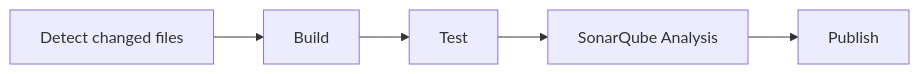
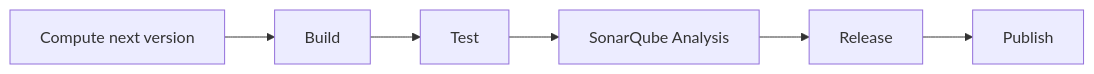
Before and after one commit to rmrighes-sonar/sonarqube-prometheus-exporter: the diagram in README.md, drawn with Mermaid. The commit also changed other lines of this file and 9 other files, not shown here.

````diff
--- a/README.md
+++ b/README.md
@@ -71,4 +71,4 @@
 ```mermaid
 flowchart LR
-    changes[Detect changed files] --> build[Build] --> test[Test] --> sonar[SonarQube Analysis] --> publish[Publish]
+    version[Compute next version] --> build[Build] --> test[Test] --> sonar[SonarQube Analysis] --> release[Release] --> publish[Publish]
 ```
````
